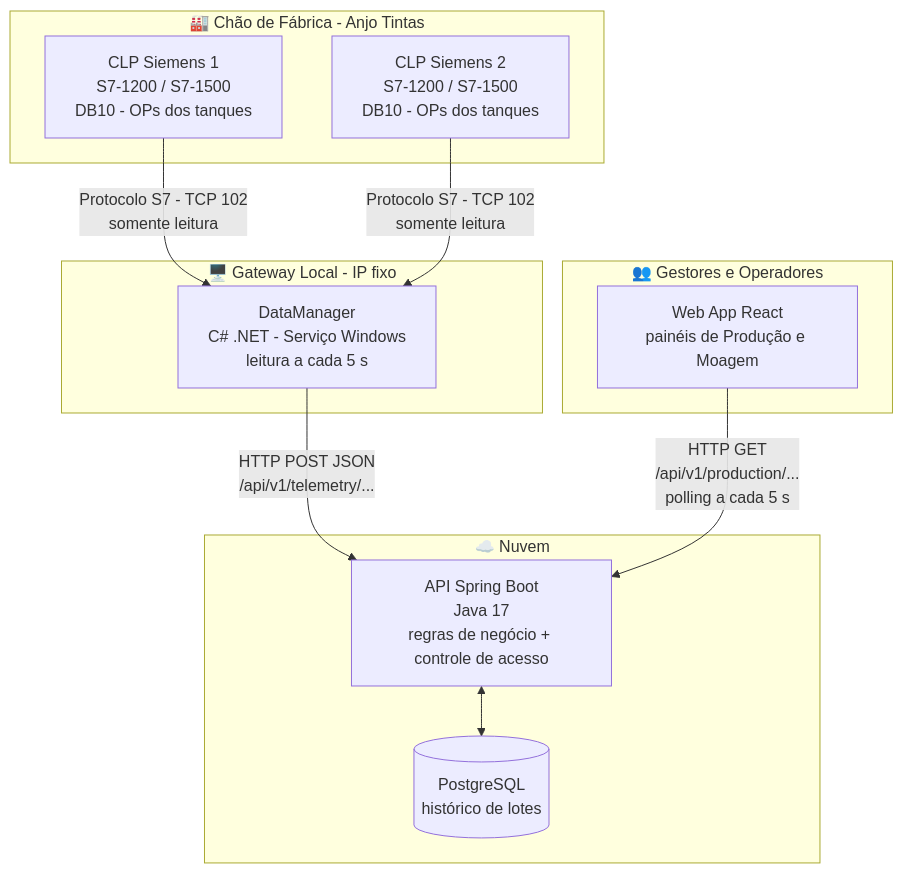
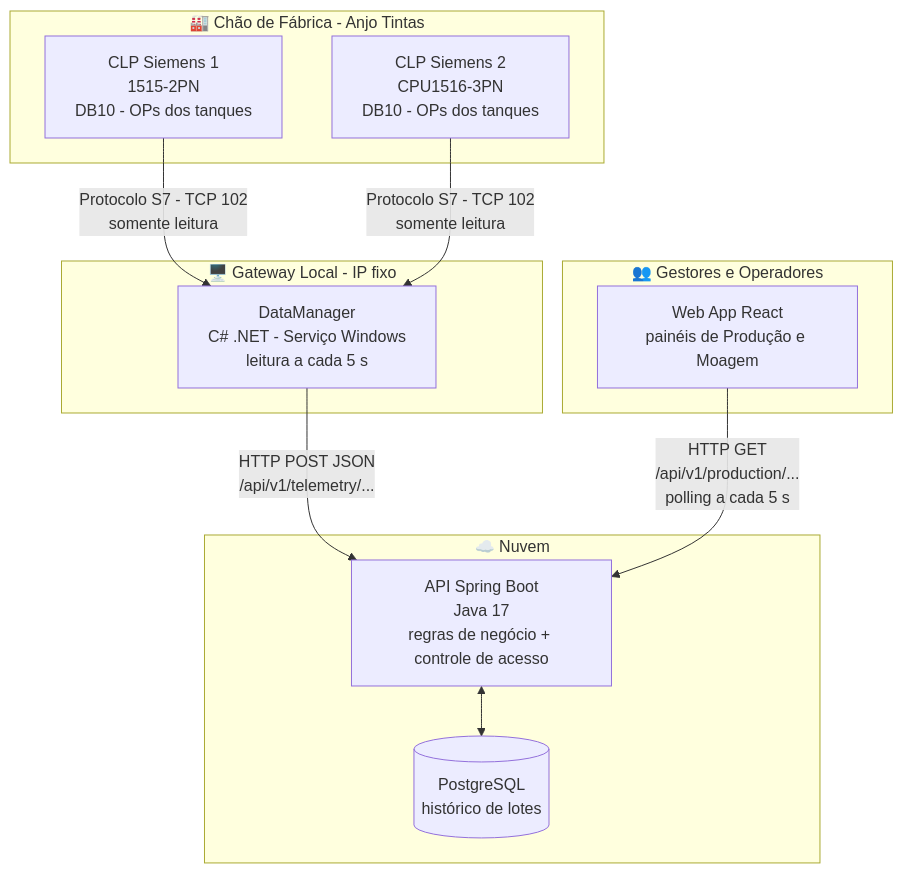
The diagram in README.md (Virtuosinh0/Comunicacao-CLP-Nuvem), drawn with Mermaid before and after one commit. The commit also changed other lines of this file, not shown here.

Commit message:
Correção de CPU

````diff
--- a/README.md
+++ b/README.md
@@ -95,26 +95,26 @@
 ```mermaid
 flowchart TD
     subgraph FABRICA["🏭 Chão de Fábrica - Anjo Tintas"]
-        CLP1["CLP Siemens 1<br/>S7-1200 / S7-1500<br/>DB10 - OPs dos tanques"]
-        CLP2["CLP Siemens 2<br/>S7-1200 / S7-1500<br/>DB10 - OPs dos tanques"]
+        CLP1["CLP Siemens 1<br/>1515-2PN<br/>DB10 - OPs dos tanques"]
+        CLP2["CLP Siemens 2<br/>CPU1516-3PN<br/>DB10 - OPs dos tanques"]
     end
 
     subgraph LOCAL["🖥️ Gateway Local - IP fixo"]
         DM["DataManager<br/>C# .NET - Serviço Windows<br/>leitura a cada 5 s"]
     end
 
     subgraph NUVEM["☁️ Nuvem"]
         API["API Spring Boot<br/>Java 17<br/>regras de negócio + controle de acesso"]
         DB[("PostgreSQL<br/>histórico de lotes")]
     end
 
     subgraph USUARIOS["👥 Gestores e Operadores"]
         WEB["Web App React<br/>painéis de Produção e Moagem"]
     end
 
     CLP1 -- "Protocolo S7 - TCP 102<br/>somente leitura" --> DM
     CLP2 -- "Protocolo S7 - TCP 102<br/>somente leitura" --> DM
     DM -- "HTTP POST JSON<br/>/api/v1/telemetry/..." --> API
     API <--> DB
     WEB -- "HTTP GET<br/>/api/v1/production/...<br/>polling a cada 5 s" --> API
 ```
````
